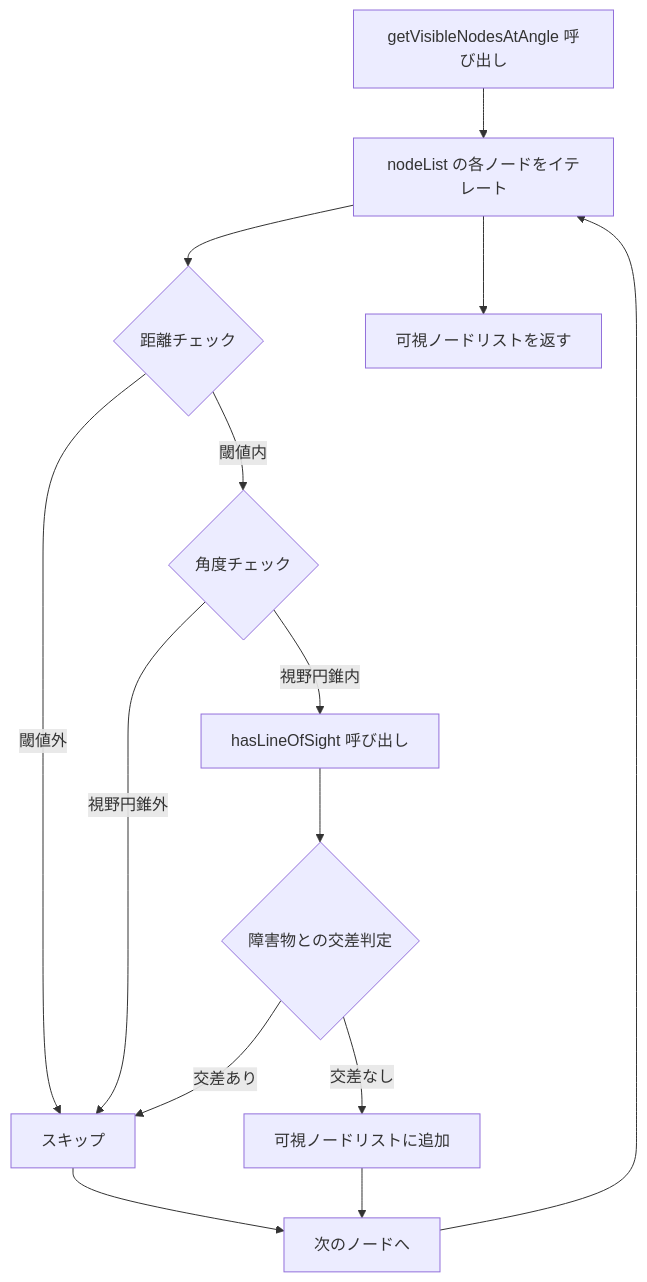
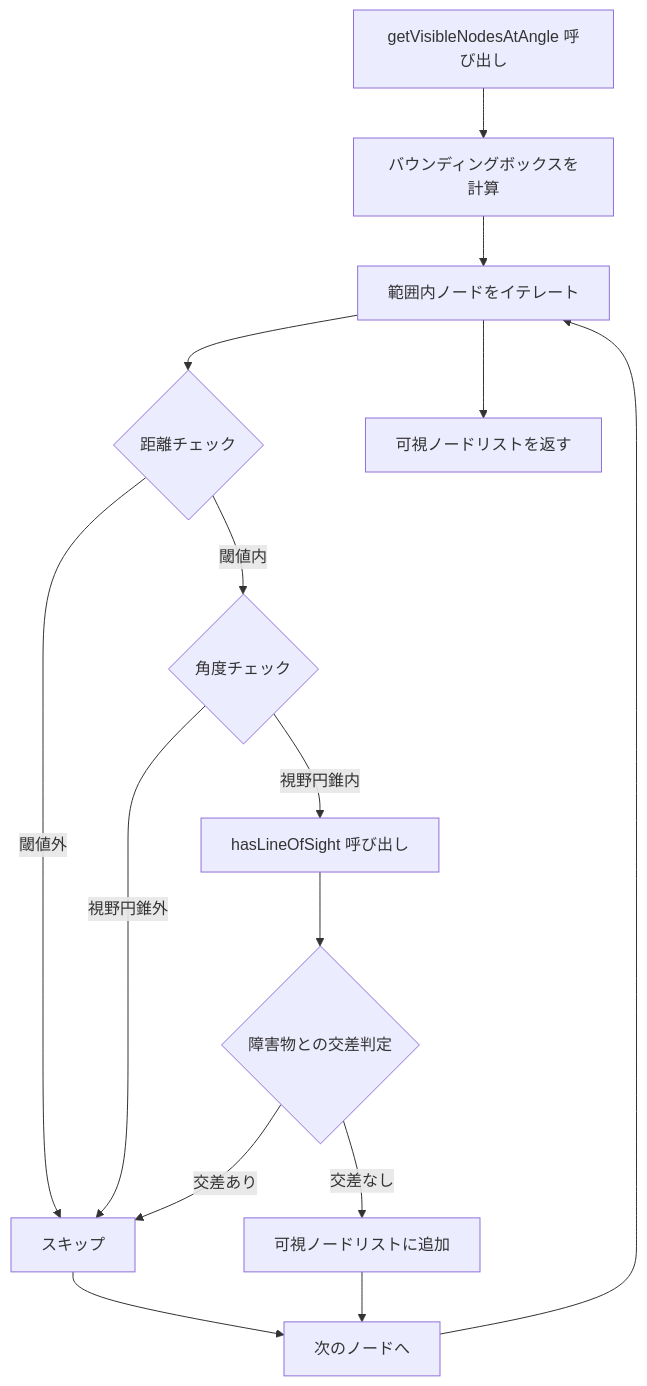
Before and after one commit to tamari-moto/2dFps: the fourth of 5 diagrams in document/DATA_FLOW.md, drawn with Mermaid. The commit also changed other lines of this file and 2 other files, not shown here.

````diff
--- a/document/DATA_FLOW.md
+++ b/document/DATA_FLOW.md
@@ -264,16 +290,17 @@
 ```mermaid
 graph TD
-    A[getVisibleNodesAtAngle 呼び出し] --> B[nodeList の各ノードをイテレート]
-    B --> C{距離チェック}
-    C -->|閾値外| D[スキップ]
-    C -->|閾値内| E{角度チェック}
-    E -->|視野円錐外| D
-    E -->|視野円錐内| F[hasLineOfSight 呼び出し]
-    F --> G{障害物との交差判定}
-    G -->|交差あり| D
-    G -->|交差なし| H[可視ノードリストに追加]
-    H --> I[次のノードへ]
-    D --> I
-    I --> B
-    B --> J[可視ノードリストを返す]
+    A[getVisibleNodesAtAngle 呼び出し] --> B[バウンディングボックスを計算]
+    B --> C[範囲内ノードをイテレート]
+    C --> D{距離チェック}
+    D -->|閾値外| E[スキップ]
+    D -->|閾値内| F{角度チェック}
+    F -->|視野円錐外| E
+    F -->|視野円錐内| G[hasLineOfSight 呼び出し]
+    G --> H{障害物との交差判定}
+    H -->|交差あり| E
+    H -->|交差なし| I[可視ノードリストに追加]
+    I --> J[次のノードへ]
+    E --> J
+    J --> C
+    C --> K[可視ノードリストを返す]
 ```
````
